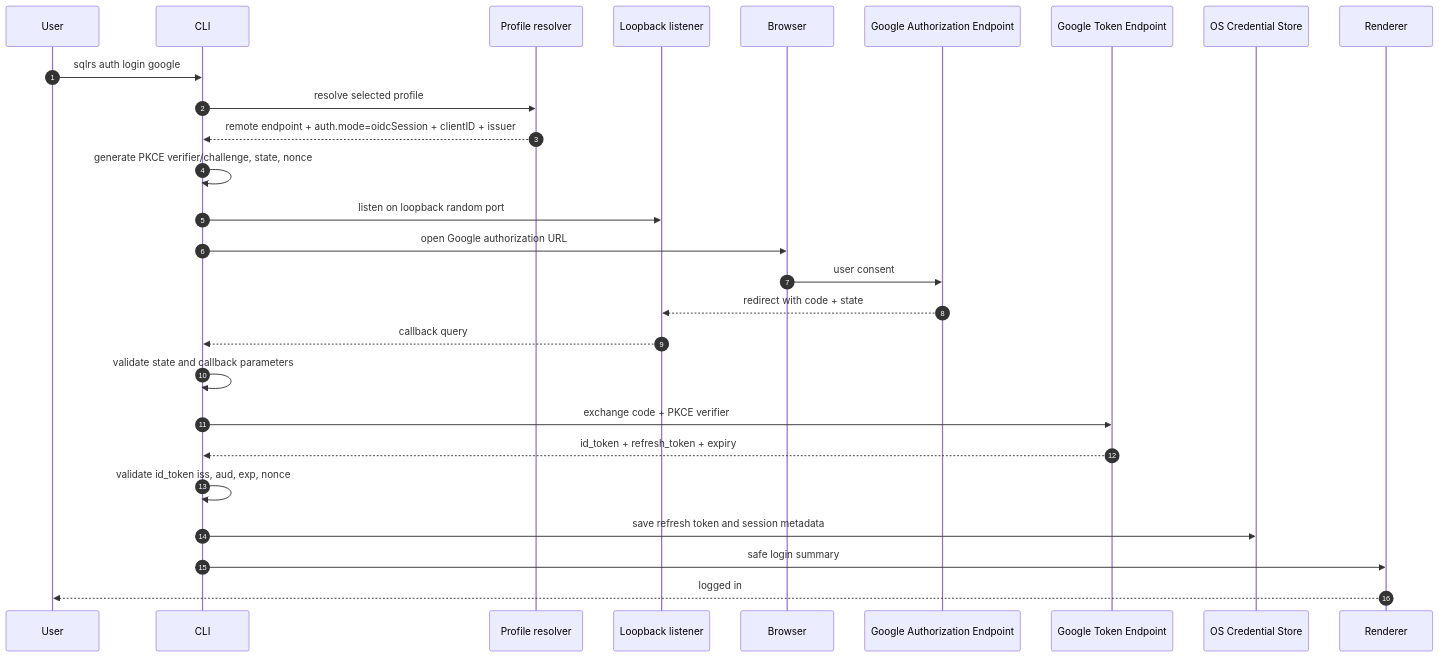
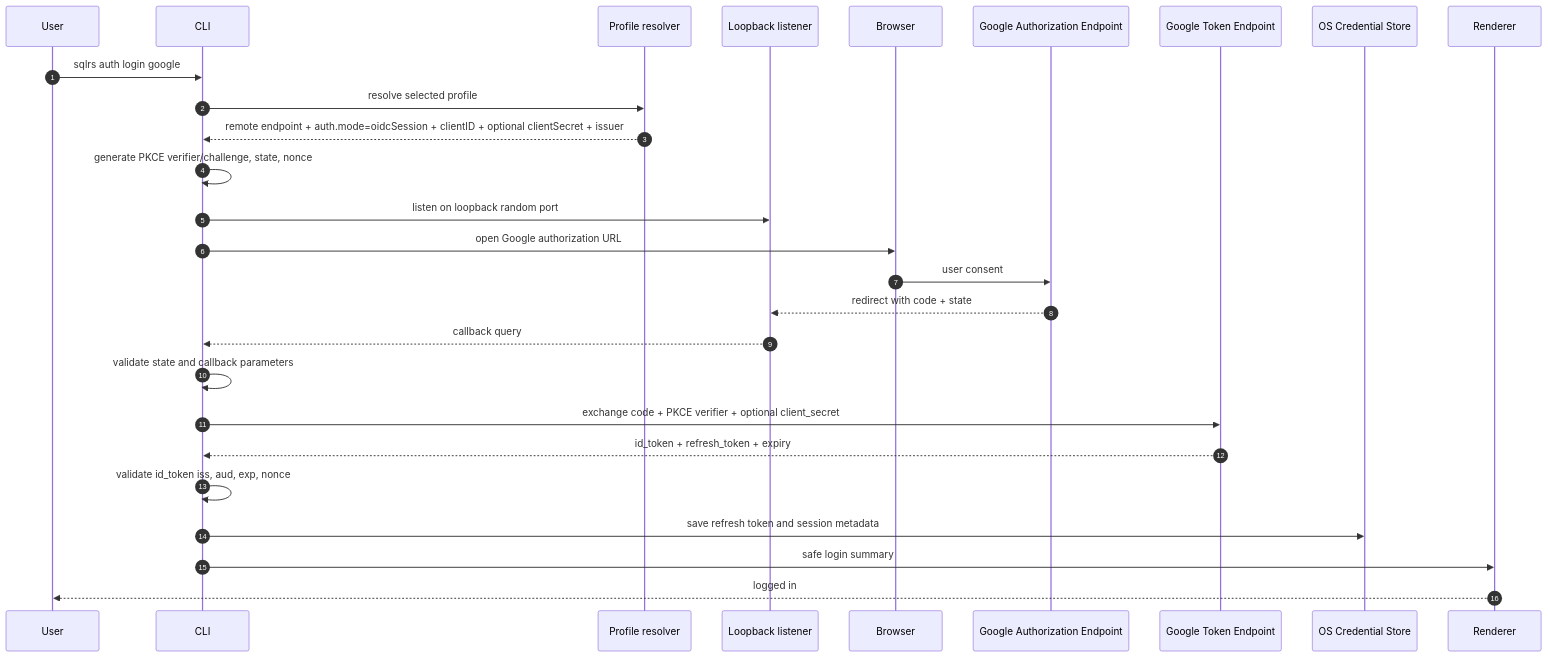
The first of 4 diagrams in docs/architecture/cli-auth-flow.RU.md (kimak-irmagi/taidon), drawn with Mermaid before and after one commit. The commit also changed other lines of this file and 17 other files, not shown here.

First line of the commit message:
fix(cli): pass Google desktop client secret to Google token endpoint

````diff
--- a/docs/architecture/cli-auth-flow.RU.md
+++ b/docs/architecture/cli-auth-flow.RU.md
@@ -57,30 +58,30 @@
 ```mermaid
 sequenceDiagram
   autonumber
   participant USER as User
   participant CLI as CLI
   participant PROFILE as Profile resolver
   participant LPB as Loopback listener
   participant BROWSER as Browser
   participant GOOGLE_AUTH as Google Authorization Endpoint
   participant GOOGLE_TOKEN as Google Token Endpoint
   participant STORE as OS Credential Store
   participant RENDER as Renderer
 
   USER->>CLI: sqlrs auth login google
   CLI->>PROFILE: resolve selected profile
-  PROFILE-->>CLI: remote endpoint + auth.mode=oidcSession + clientID + issuer
+  PROFILE-->>CLI: remote endpoint + auth.mode=oidcSession + clientID + optional clientSecret + issuer
   CLI->>CLI: generate PKCE verifier/challenge, state, nonce
   CLI->>LPB: listen on loopback random port
   CLI->>BROWSER: open Google authorization URL
   BROWSER->>GOOGLE_AUTH: user consent
   GOOGLE_AUTH-->>LPB: redirect with code + state
   LPB-->>CLI: callback query
   CLI->>CLI: validate state and callback parameters
-  CLI->>GOOGLE_TOKEN: exchange code + PKCE verifier
+  CLI->>GOOGLE_TOKEN: exchange code + PKCE verifier + optional client_secret
   GOOGLE_TOKEN-->>CLI: id_token + refresh_token + expiry
   CLI->>CLI: validate id_token iss, aud, exp, nonce
   CLI->>STORE: save refresh token and session metadata
   CLI->>RENDER: safe login summary
   RENDER-->>USER: logged in
 ```
````
